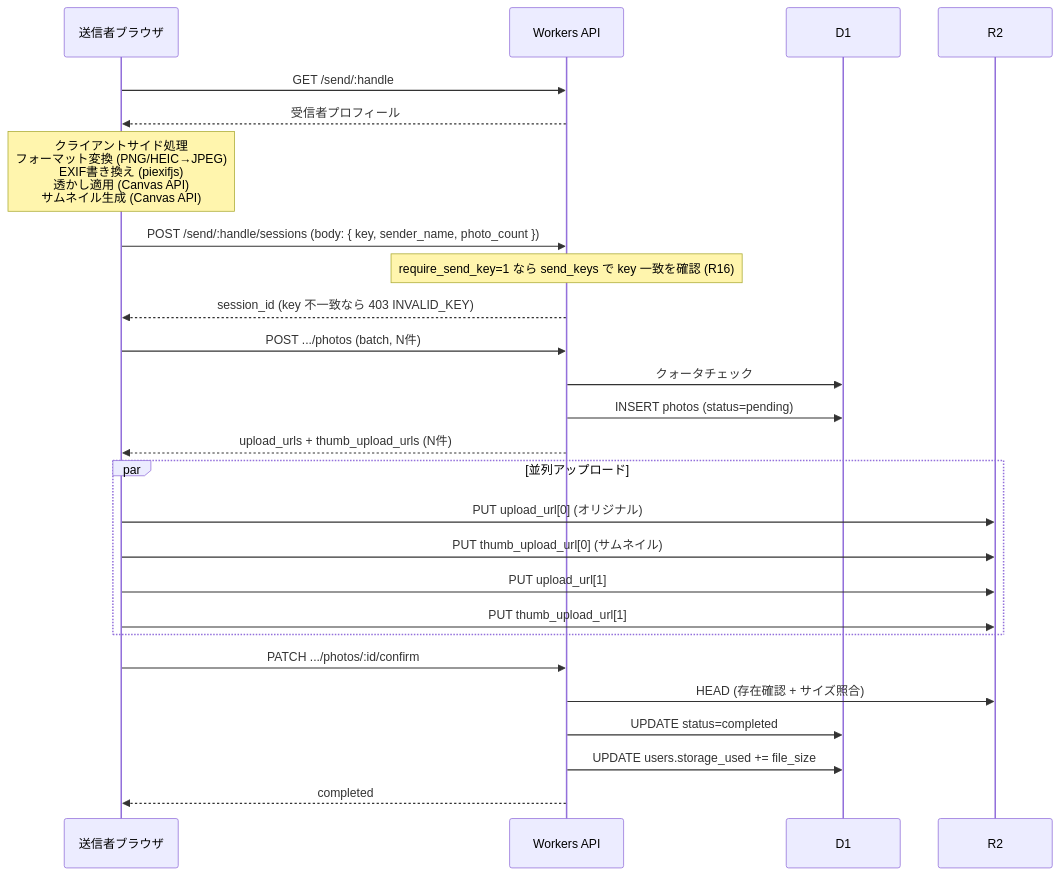
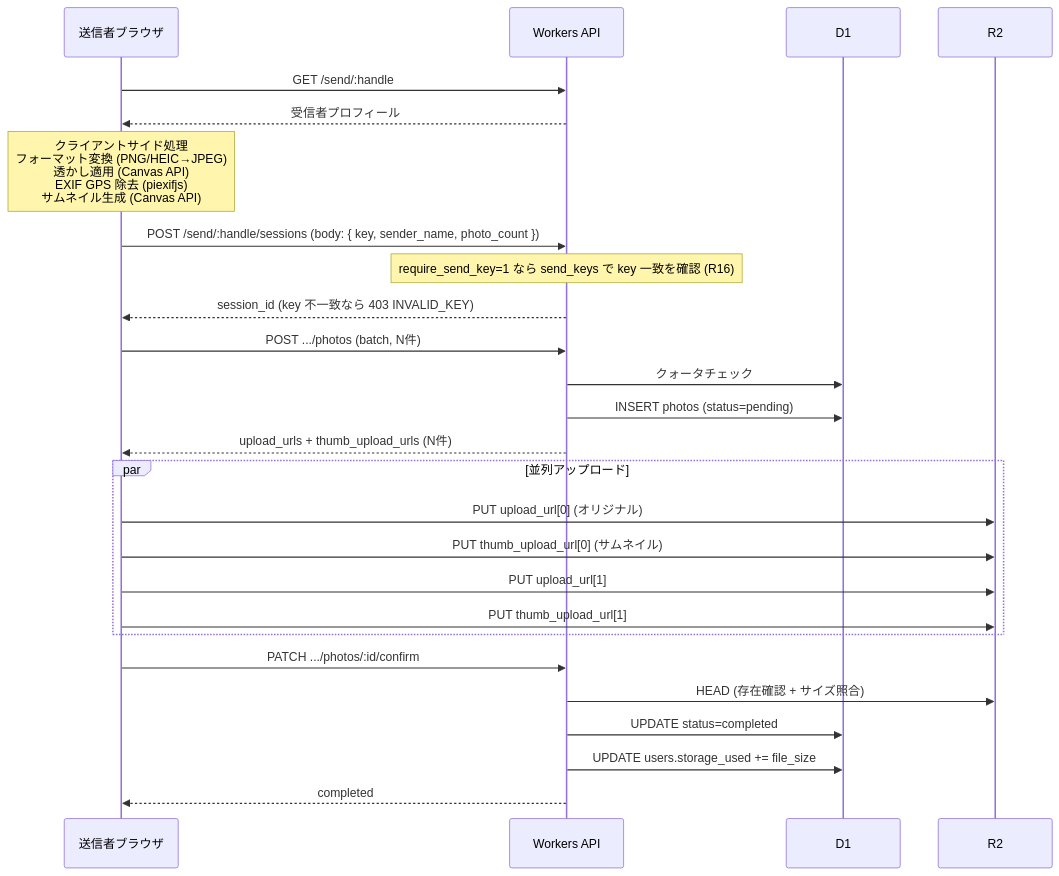
The fifth of 5 diagrams in docs/architecture.md (kuu13580/furdrop), drawn with Mermaid before and after one commit. The commit also changed other lines of this file and 64 other files, not shown here.

````diff
--- a/docs/architecture.md
+++ b/docs/architecture.md
@@ -706,34 +780,34 @@
 ```mermaid
 sequenceDiagram
     participant C as 送信者ブラウザ
     participant W as Workers API
     participant DB as D1
     participant R2 as R2
 
     C->>W: GET /send/:handle
     W-->>C: 受信者プロフィール
 
-    Note over C: クライアントサイド処理<br/>フォーマット変換 (PNG/HEIC→JPEG)<br/>EXIF書き換え (piexifjs)<br/>透かし適用 (Canvas API)<br/>サムネイル生成 (Canvas API)
+    Note over C: クライアントサイド処理<br/>フォーマット変換 (PNG/HEIC→JPEG)<br/>透かし適用 (Canvas API)<br/>EXIF GPS 除去 (piexifjs)<br/>サムネイル生成 (Canvas API)
 
     C->>W: POST /send/:handle/sessions (body: { key, sender_name, photo_count })
     Note over W: require_send_key=1 なら send_keys で key 一致を確認 (R16)
     W-->>C: session_id (key 不一致なら 403 INVALID_KEY)
 
     C->>W: POST .../photos (batch, N件)
     W->>DB: クォータチェック
     W->>DB: INSERT photos (status=pending)
     W-->>C: upload_urls + thumb_upload_urls (N件)
 
     par 並列アップロード
         C->>R2: PUT upload_url[0] (オリジナル)
         C->>R2: PUT thumb_upload_url[0] (サムネイル)
         C->>R2: PUT upload_url[1]
         C->>R2: PUT thumb_upload_url[1]
     end
 
     C->>W: PATCH .../photos/:id/confirm
     W->>R2: HEAD (存在確認 + サイズ照合)
     W->>DB: UPDATE status=completed
     W->>DB: UPDATE users.storage_used += file_size
     W-->>C: completed
 ```
````
